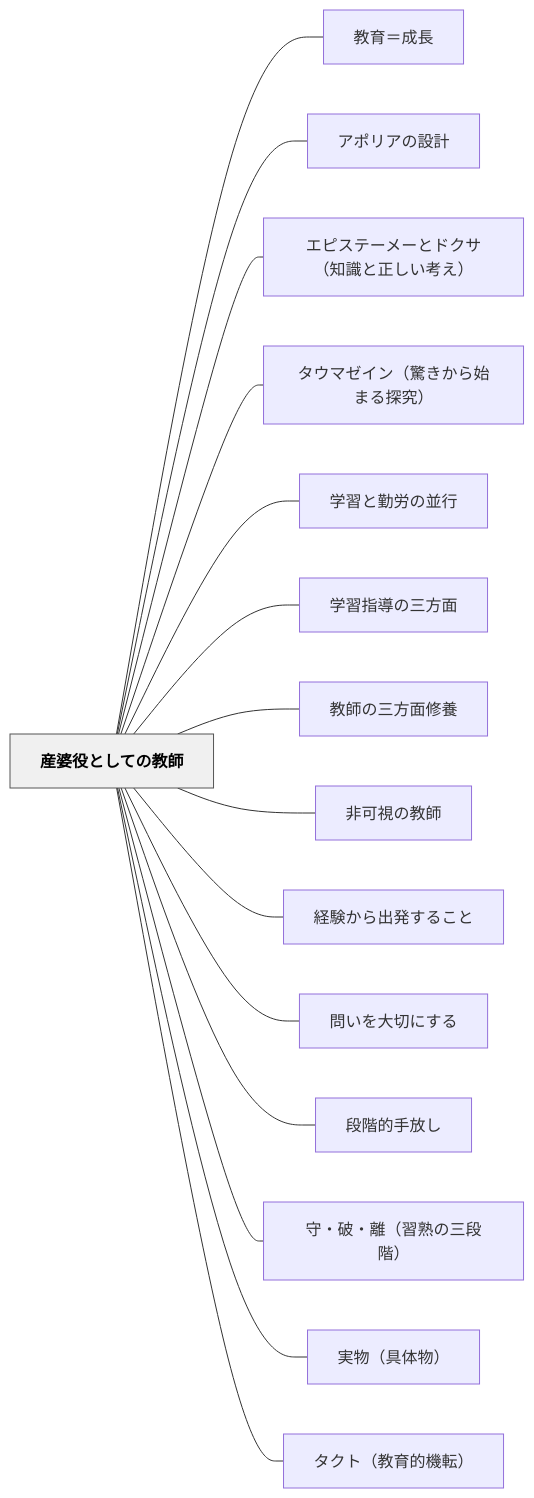
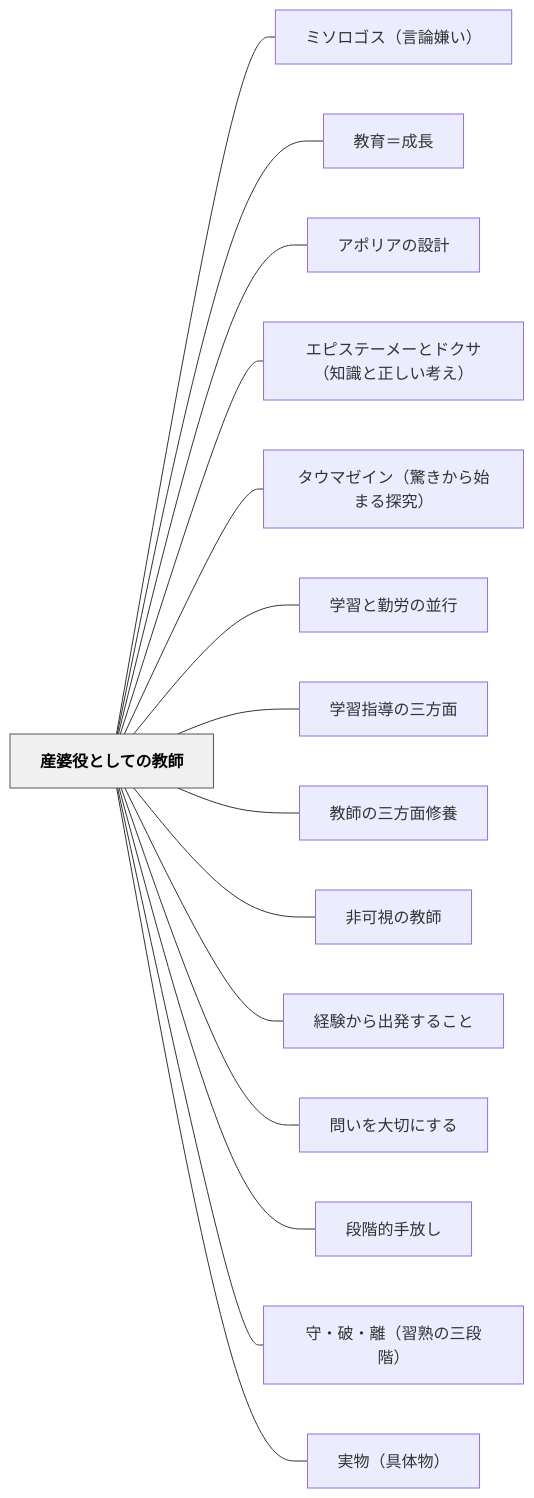
Before and after one commit to unknownthings-ed-patterns/unknownthings-ed-patterns: the diagram in content/パタン/産婆役としての教師.md, drawn with Mermaid. The commit also changed other lines of this file and 18 other files, not shown here.

````diff
--- a/content/パタン/産婆役としての教師.md
+++ b/content/パタン/産婆役としての教師.md
@@ -263,36 +300,36 @@
 ```mermaid
 flowchart LR
     ne794a3e5a986e5bdb9e381a8e38197e381a6e381aee69599e5b8ab["産婆役としての教師"]
+    ne3839fe382bde383ade382b4e382b9efbc88e8a880e8ab96e5ab8ce38184efbc89["ミソロゴス（言論嫌い）"]
     ne69599e882b2efbc9de68890e995b7["教育＝成長"]
     ne382a2e3839de383aae382a2e381aee8a8ade8a888["アポリアの設計"]
     ne382a8e38394e382b9e38386e383bce383a1e383bce381a8e38389e382afe382b5efbc88e79fa5e8ad98e381a8e6ada3e38197e38184e88083e38188efbc89["エピステーメーとドクサ（知識と正しい考え）"]
     ne382bfe382a6e3839ee382bce382a4e383b3efbc88e9a99ae3818de3818be38289e5a78be381bee3828be68ea2e7a9b6efbc89["タウマゼイン（驚きから始まる探究）"]
     ne5ada6e7bf92e381a8e58ba4e58ab4e381aee4b8a6e8a18c["学習と勤労の並行"]
     ne5ada6e7bf92e68c87e5b08ee381aee4b889e696b9e99da2["学習指導の三方面"]
     ne69599e5b8abe381aee4b889e696b9e99da2e4bfaee9a48a["教師の三方面修養"]
     ne99d9ee58fafe8a696e381aee69599e5b8ab["非可視の教師"]
     ne7b58ce9a893e3818be38289e587bae799bae38199e3828be38193e381a8["経験から出発すること"]
     ne5958fe38184e38292e5a4a7e58887e381abe38199e3828b["問いを大切にする"]
     ne6aeb5e99a8ee79a84e6898be694bee38197["段階的手放し"]
     ne5ae88e383bbe7a0b4e383bbe99ba2efbc88e7bf92e7869fe381aee4b889e6aeb5e99a8eefbc89["守・破・離（習熟の三段階）"]
     ne5ae9fe789a9efbc88e585b7e4bd93e789a9efbc89["実物（具体物）"]
-    ne382bfe382afe38388efbc88e69599e882b2e79a84e6a99fe8bba2efbc89["タクト（教育的機転）"]
 
+    ne794a3e5a986e5bdb9e381a8e38197e381a6e381aee69599e5b8ab --- ne3839fe382bde383ade382b4e382b9efbc88e8a880e8ab96e5ab8ce38184efbc89
     ne794a3e5a986e5bdb9e381a8e38197e381a6e381aee69599e5b8ab --- ne69599e882b2efbc9de68890e995b7
     ne794a3e5a986e5bdb9e381a8e38197e381a6e381aee69599e5b8ab --- ne382a2e3839de383aae382a2e381aee8a8ade8a888
     ne794a3e5a986e5bdb9e381a8e38197e381a6e381aee69599e5b8ab --- ne382a8e38394e382b9e38386e383bce383a1e383bce381a8e38389e382afe382b5efbc88e79fa5e8ad98e381a8e6ada3e38197e38184e88083e38188efbc89
     ne794a3e5a986e5bdb9e381a8e38197e381a6e381aee69599e5b8ab --- ne382bfe382a6e3839ee382bce382a4e383b3efbc88e9a99ae3818de3818be38289e5a78be381bee3828be68ea2e7a9b6efbc89
     ne794a3e5a986e5bdb9e381a8e38197e381a6e381aee69599e5b8ab --- ne5ada6e7bf92e381a8e58ba4e58ab4e381aee4b8a6e8a18c
     ne794a3e5a986e5bdb9e381a8e38197e381a6e381aee69599e5b8ab --- ne5ada6e7bf92e68c87e5b08ee381aee4b889e696b9e99da2
     ne794a3e5a986e5bdb9e381a8e38197e381a6e381aee69599e5b8ab --- ne69599e5b8abe381aee4b889e696b9e99da2e4bfaee9a48a
     ne794a3e5a986e5bdb9e381a8e38197e381a6e381aee69599e5b8ab --- ne99d9ee58fafe8a696e381aee69599e5b8ab
     ne794a3e5a986e5bdb9e381a8e38197e381a6e381aee69599e5b8ab --- ne7b58ce9a893e3818be38289e587bae799bae38199e3828be38193e381a8
     ne794a3e5a986e5bdb9e381a8e38197e381a6e381aee69599e5b8ab --- ne5958fe38184e38292e5a4a7e58887e381abe38199e3828b
     ne794a3e5a986e5bdb9e381a8e38197e381a6e381aee69599e5b8ab --- ne6aeb5e99a8ee79a84e6898be694bee38197
     ne794a3e5a986e5bdb9e381a8e38197e381a6e381aee69599e5b8ab --- ne5ae88e383bbe7a0b4e383bbe99ba2efbc88e7bf92e7869fe381aee4b889e6aeb5e99a8eefbc89
     ne794a3e5a986e5bdb9e381a8e38197e381a6e381aee69599e5b8ab --- ne5ae9fe789a9efbc88e585b7e4bd93e789a9efbc89
-    ne794a3e5a986e5bdb9e381a8e38197e381a6e381aee69599e5b8ab --- ne382bfe382afe38388efbc88e69599e882b2e79a84e6a99fe8bba2efbc89
 
     classDef hub fill:#f0f0f0,stroke:#555,color:#000,font-weight:bold
     class ne794a3e5a986e5bdb9e381a8e38197e381a6e381aee69599e5b8ab hub
 ```
````
